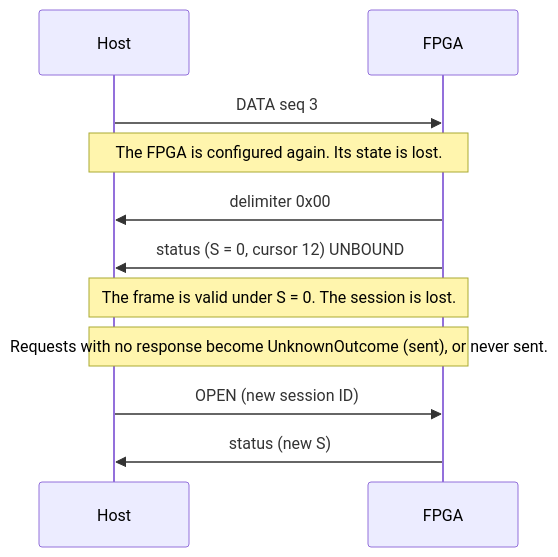
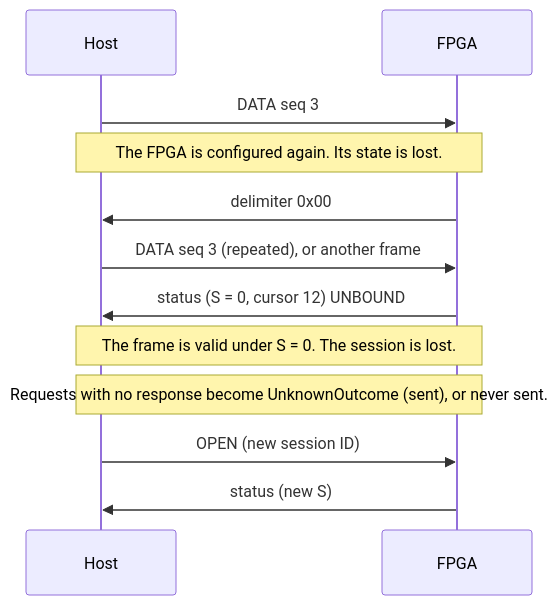
One commit to XedaHQ/xeda changed diagram 11 of 11 in examples/bluespec/uart_link/doc/protocol.md. Above: the diagram before and after it, drawn with Mermaid. The commit also changed other lines of this file and 20 other files, not shown here.

````diff
--- a/examples/bluespec/uart_link/doc/protocol.md
+++ b/examples/bluespec/uart_link/doc/protocol.md
@@ -614,13 +616,14 @@
 ```mermaid
 sequenceDiagram
     participant H as Host
     participant F as FPGA
     H->>F: DATA seq 3
     Note over H,F: The FPGA is configured again. Its state is lost.
     F->>H: delimiter 0x00
+    H->>F: DATA seq 3 (repeated), or another frame
     F->>H: status (S = 0, cursor 12) UNBOUND
     Note over H,F: The frame is valid under S = 0. The session is lost.
     Note over H,F: Requests with no response become UnknownOutcome (sent), or never sent.
     H->>F: OPEN (new session ID)
     F->>H: status (new S)
 ```
````
